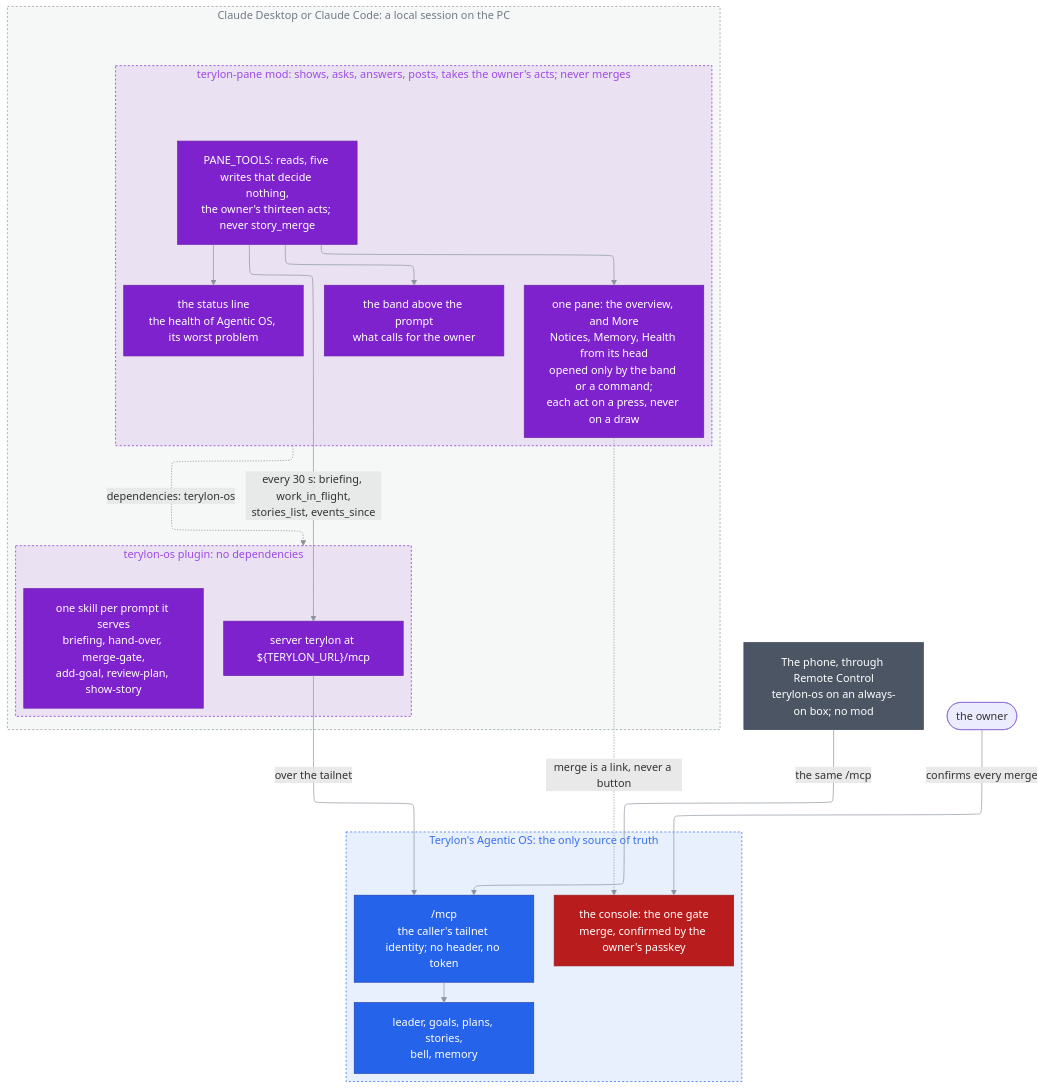
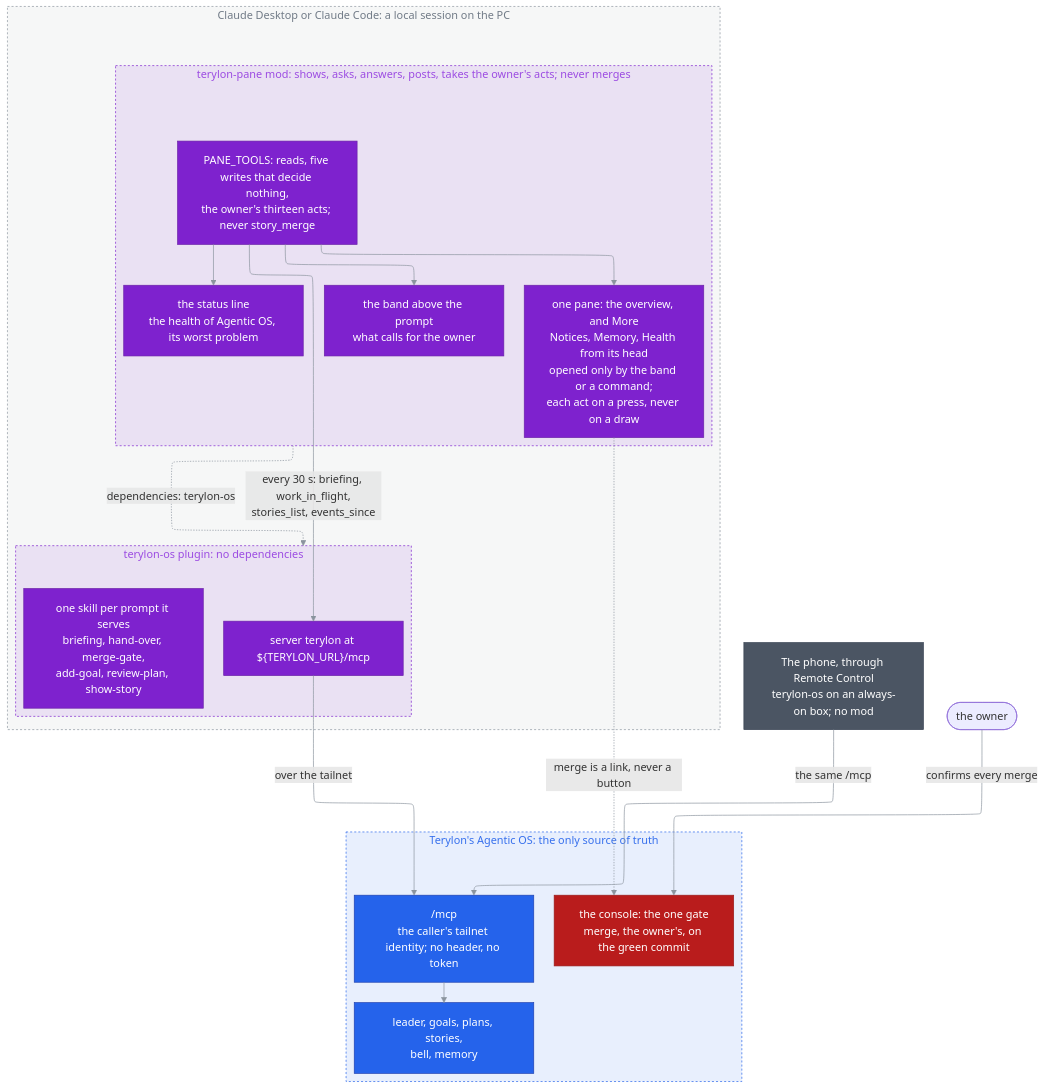
The second of 2 diagrams in docs/architecture/README.md (janecekvit/terylon-marketplace), drawn with Mermaid before and after one commit. The commit also changed other lines of this file and 43 other files, not shown here.

````diff
--- a/docs/architecture/README.md
+++ b/docs/architecture/README.md
@@ -107,72 +107,72 @@
 ```mermaid
 flowchart TD
 %%{init: {"layout": "elk", "flowchart": {"padding": 16}}}%%
 %% terylon-os and its mod terylon-pane: how a session reaches Terylon's Agentic OS, the owner's
 %% acts the pane takes on their cards, and why merge, the one gate, stays in the console.
 %% The source of truth is this block: edit it here; nothing is generated from it.
 %% Why every surface goes through the one /mcp: one-source-of-truth-reached-from-two-places.md.
     %% One colour per kind, the palette of .claude/rules/markdown.md: Terylon's own plugins (purple),
     %% Agentic OS (blue), the gate (red), the phone (grey); the owner takes the theme's.
     %% No theme is set, so GitHub draws the block in its light or dark theme.
     classDef terylon fill:#7E22CE,stroke:#6B21A8,color:#FFFFFF
     classDef service fill:#2563EB,stroke:#1E40AF,color:#FFFFFF
     classDef gate fill:#B91C1C,stroke:#991B1B,color:#FFFFFF
     classDef external fill:#4B5563,stroke:#374151,color:#FFFFFF
 
     subgraph session ["Claude Desktop or Claude Code: a local session on the PC"]
         subgraph os ["terylon-os plugin: no dependencies"]
             %% The variable is drawn as written: Mermaid substitutes nothing inside a label.
             server["server terylon at ${TERYLON_URL}/mcp"]:::terylon
             skills["`one skill per prompt it serves
 briefing, hand-over, merge-gate,
 add-goal, review-plan, show-story`"]:::terylon
         end
 
         subgraph pane ["terylon-pane mod: shows, asks, answers, posts, takes the owner's acts; never merges"]
             allowList["`PANE_TOOLS: reads, five writes that decide nothing,
 the owner's thirteen acts; never story_merge`"]:::terylon
             band["`the band above the prompt
 what calls for the owner`"]:::terylon
             statusLine["`the status line
 the health of Agentic OS, its worst problem`"]:::terylon
             tabs["`one pane: the overview, and More
 Notices, Memory, Health from its head
 opened only by the band or a command;
 each act on a press, never on a draw`"]:::terylon
         end
     end
 
     phone["`The phone, through Remote Control
 terylon-os on an always-on box; no mod`"]:::external
 
     subgraph terylon ["Terylon's Agentic OS: the only source of truth"]
         mcp["`/mcp
 the caller's tailnet identity; no header, no token`"]:::service
         leader["`leader, goals, plans, stories,
 bell, memory`"]:::service
         console["`the console: the one gate
-merge, confirmed by the owner's passkey`"]:::gate
+merge, the owner's, on the green commit`"]:::gate
     end
 
     %% No class: the theme colours the owner, so it stays readable in light and dark mode alike.
     person(["the owner"])
 
     pane -.->|"dependencies: terylon-os"| os
     server -->|"over the tailnet"| mcp
     allowList -->|"`every 30 s: briefing, work_in_flight,
 stories_list, events_since`"| server
     allowList --> band
     allowList --> statusLine
     allowList --> tabs
     tabs -.->|"merge is a link, never a button"| console
     phone -->|"the same /mcp"| mcp
     mcp --> leader
     person -->|"confirms every merge"| console
 
     %% The session is the large area, so its fill is the fainter 14.
     style session fill:#8B949E14,stroke:#8B949E,color:#717B87,stroke-dasharray:3 3
     style os fill:#7E22CE1A,stroke:#7E22CE,color:#9C4CE2,stroke-dasharray:3 3
     style pane fill:#7E22CE1A,stroke:#7E22CE,color:#9C4CE2,stroke-dasharray:3 3
     style terylon fill:#2563EB1A,stroke:#2563EB,color:#3770ED,stroke-dasharray:3 3
     linkStyle default stroke:#8B949E
 ```
````
